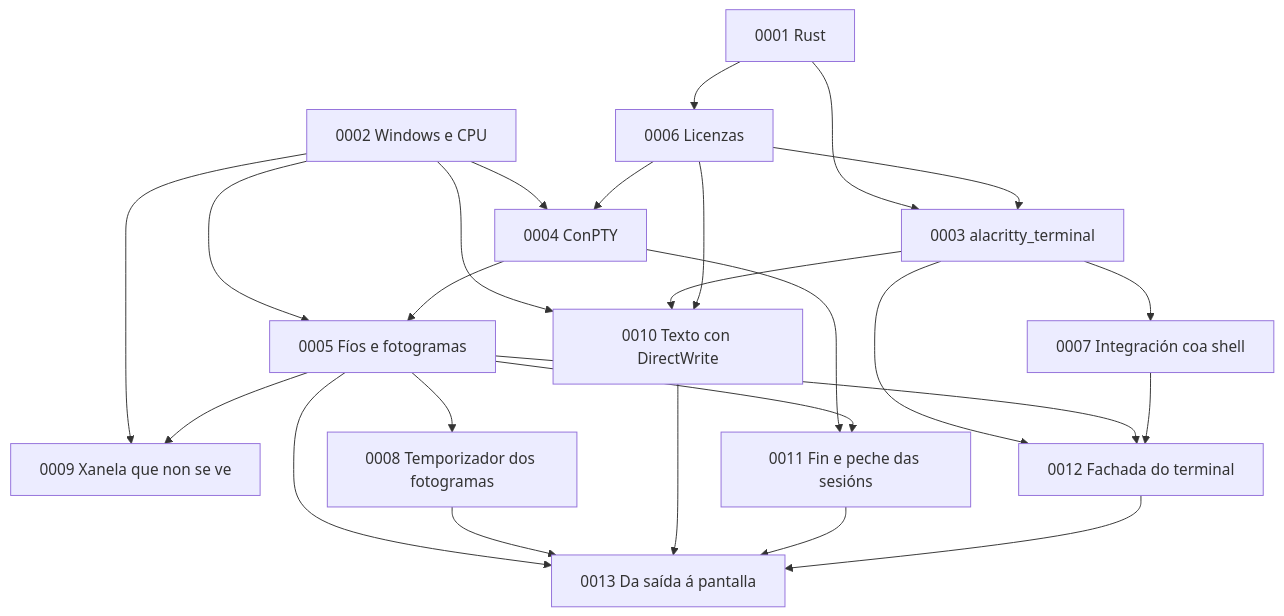
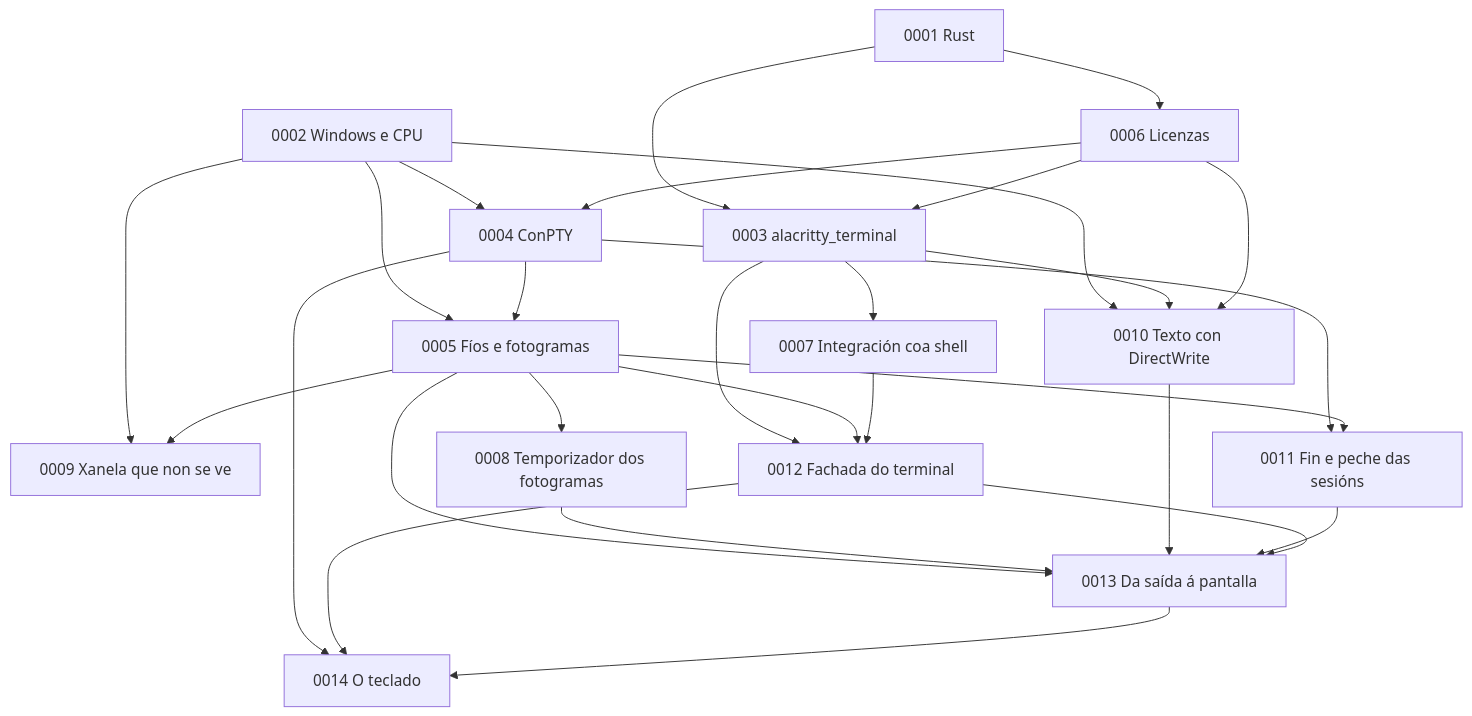
One commit to NewHouses/meiga changed the diagram in docs/adr/README.md. Above: the diagram before and after it, drawn with Mermaid. The commit also changed other lines of this file and 28 other files, not shown here.

````diff
--- a/docs/adr/README.md
+++ b/docs/adr/README.md
@@ -34,27 +35,30 @@
 ```mermaid
 graph TD
     A1["0001 Rust"] --> A3["0003 alacritty_terminal"]
     A1 --> A6["0006 Licenzas"]
     A2["0002 Windows e CPU"] --> A4["0004 ConPTY"]
     A2 --> A5["0005 Fíos e fotogramas"]
     A2 --> A9["0009 Xanela que non se ve"]
     A2 --> A10["0010 Texto con DirectWrite"]
     A3 --> A7["0007 Integración coa shell"]
     A3 --> A10
     A3 --> A12["0012 Fachada do terminal"]
     A4 --> A5
     A4 --> A11["0011 Fin e peche das sesións"]
     A5 --> A8["0008 Temporizador dos fotogramas"]
     A5 --> A9
     A5 --> A11
     A5 --> A12
     A6 --> A3
     A6 --> A4
     A6 --> A10
     A7 --> A12
     A5 --> A13["0013 Da saída á pantalla"]
     A8 --> A13
     A10 --> A13
     A11 --> A13
     A12 --> A13
+    A4 --> A14["0014 O teclado"]
+    A12 --> A14
+    A13 --> A14
 ```
````
